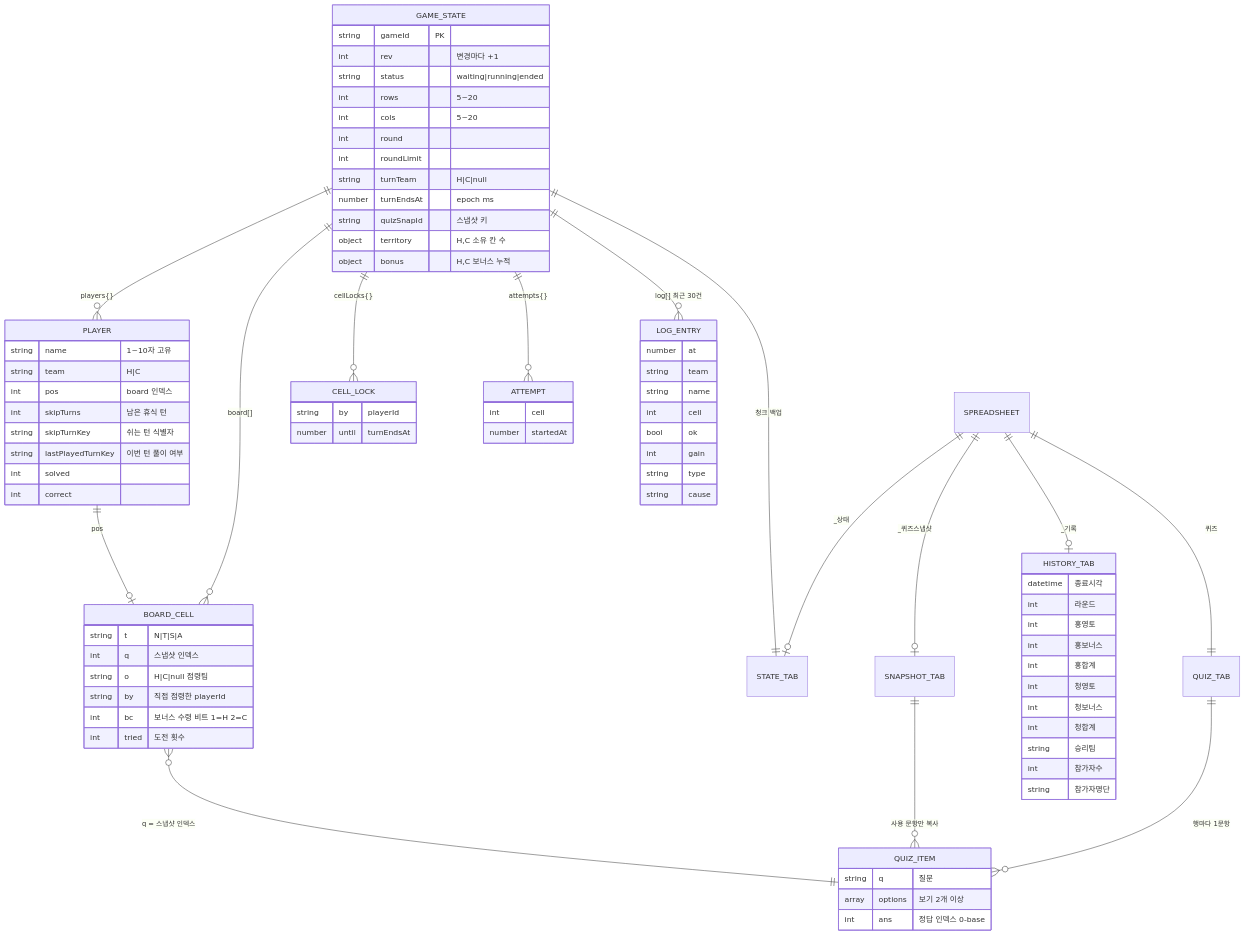
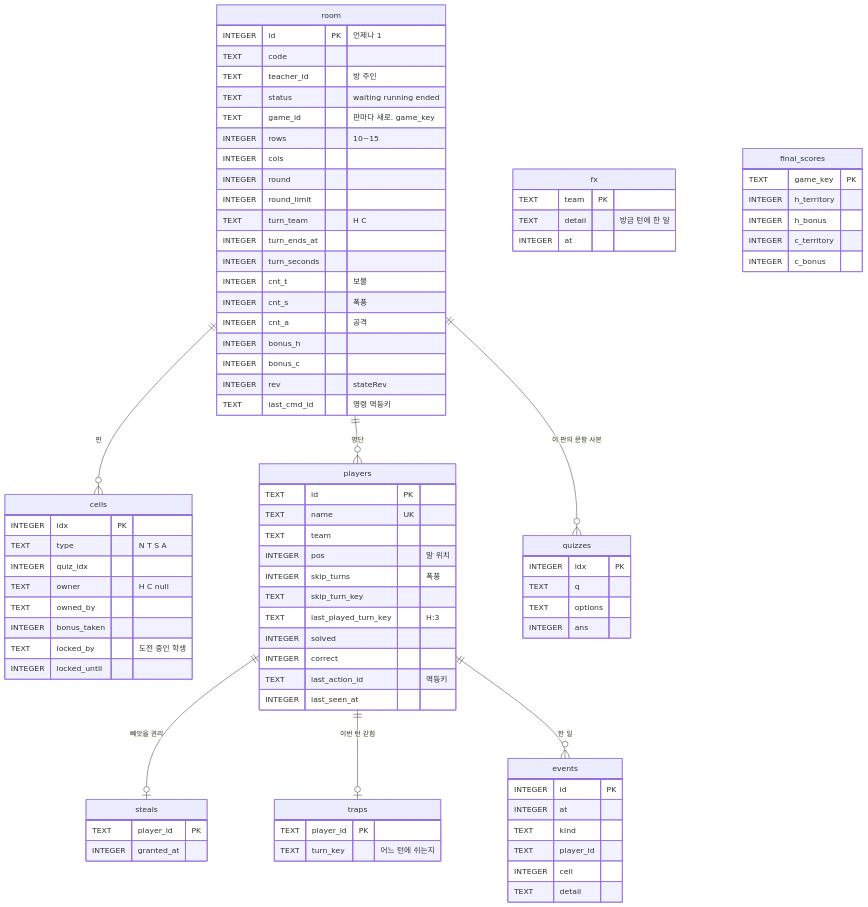
Before and after one commit to nillili/treasure-island-conquest: the fourth of 9 diagrams in docs/PROJECT_SPEC.md, drawn with Mermaid. The commit also changed other lines of this file and 13 other files, not shown here.

````diff
--- a/docs/PROJECT_SPEC.md
+++ b/docs/PROJECT_SPEC.md
@@ -292,88 +427,88 @@
 ```mermaid
 erDiagram
-    SPREADSHEET ||--|| QUIZ_TAB : "퀴즈"
-    SPREADSHEET ||--o| STATE_TAB : "_상태"
-    SPREADSHEET ||--o| SNAPSHOT_TAB : "_퀴즈스냅샷"
-    SPREADSHEET ||--o| HISTORY_TAB : "_기록"
+    room ||--o{ cells : "판"
+    room ||--o{ players : "명단"
+    room ||--o{ quizzes : "이 판의 문항 사본"
+    players ||--o| steals : "빼앗을 권리"
+    players ||--o| traps : "이번 턴 갇힘"
+    players ||--o{ events : "한 일"
 
-    QUIZ_TAB ||--o{ QUIZ_ITEM : "행마다 1문항"
-    SNAPSHOT_TAB ||--o{ QUIZ_ITEM : "사용 문항만 복사"
-
-    GAME_STATE ||--o{ BOARD_CELL : "board[]"
-    GAME_STATE ||--o{ PLAYER : "players{}"
-    GAME_STATE ||--o{ CELL_LOCK : "cellLocks{}"
-    GAME_STATE ||--o{ ATTEMPT : "attempts{}"
-    GAME_STATE ||--o{ LOG_ENTRY : "log[] 최근 30건"
-    GAME_STATE ||--|| STATE_TAB : "청크 백업"
-    BOARD_CELL }o--|| QUIZ_ITEM : "q = 스냅샷 인덱스"
-    PLAYER ||--o| BOARD_CELL : "pos"
-
-    QUIZ_ITEM {
-        string q "질문"
-        array options "보기 2개 이상"
-        int ans "정답 인덱스 0-base"
+    room {
+        INTEGER id PK "언제나 1"
+        TEXT code
+        TEXT teacher_id "방 주인"
+        TEXT status "waiting running ended"
+        TEXT game_id "판마다 새로. game_key"
+        INTEGER rows "10~15"
+        INTEGER cols
+        INTEGER round
+        INTEGER round_limit
+        TEXT turn_team "H C"
+        INTEGER turn_ends_at
+        INTEGER turn_seconds
+        INTEGER cnt_t "보물"
+        INTEGER cnt_s "폭풍"
+        INTEGER cnt_a "공격"
+        INTEGER bonus_h
+        INTEGER bonus_c
+        INTEGER rev "stateRev"
+        TEXT last_cmd_id "명령 멱등키"
     }
-    GAME_STATE {
-        string gameId PK
-        int rev "변경마다 +1"
-        string status "waiting|running|ended"
-        int rows "5~20"
-        int cols "5~20"
-        int round
-        int roundLimit
-        string turnTeam "H|C|null"
-        number turnEndsAt "epoch ms"
-        string quizSnapId "스냅샷 키"
-        object territory "H,C 소유 칸 수"
-        object bonus "H,C 보너스 누적"
+    cells {
+        INTEGER idx PK
+        TEXT type "N T S A"
+        INTEGER quiz_idx
+        TEXT owner "H C null"
+        TEXT owned_by
+        INTEGER bonus_taken
+        TEXT locked_by "도전 중인 학생"
+        INTEGER locked_until
     }
-    BOARD_CELL {
-        string t "N|T|S|A"
-        int q "스냅샷 인덱스"
-        string o "H|C|null 점령팀"
-        string by "직접 점령한 playerId"
-        int bc "보너스 수령 비트 1=H 2=C"
-        int tried "도전 횟수"
+    players {
+        TEXT id PK
+        TEXT name UK
+        TEXT team
+        INTEGER pos "말 위치"
+        INTEGER skip_turns "폭풍"
+        TEXT skip_turn_key
+        TEXT last_played_turn_key "H:3"
+        INTEGER solved
+        INTEGER correct
+        TEXT last_action_id "멱등키"
+        INTEGER last_seen_at
     }
-    PLAYER {
-        string name "1~10자 고유"
-        string team "H|C"
-        int pos "board 인덱스"
-        int skipTurns "남은 휴식 턴"
-        string skipTurnKey "쉬는 턴 식별자"
-        string lastPlayedTurnKey "이번 턴 풀이 여부"
-        int solved
-        int correct
+    quizzes {
+        INTEGER idx PK
+        TEXT q
+        TEXT options
+        INTEGER ans
     }
-    CELL_LOCK {
-        string by "playerId"
-        number until "turnEndsAt"
+    steals {
+        TEXT player_id PK
+        INTEGER granted_at
     }
-    ATTEMPT {
-        int cell
-        number startedAt
+    traps {
+        TEXT player_id PK
+        TEXT turn_key "어느 턴에 쉬는지"
     }
-    LOG_ENTRY {
-        number at
-        string team
-        string name
-        int cell
-        bool ok
-        int gain
-        string type
-        string cause
+    fx {
+        TEXT team PK
+        TEXT detail "방금 턴에 한 일"
+        INTEGER at
     }
-    HISTORY_TAB {
-        datetime 종료시각
-        int 라운드
-        int 홍영토
-        int 홍보너스
-        int 홍합계
-        int 청영토
-        int 청보너스
-        int 청합계
-        string 승리팀
-        int 참가자수
-        string 참가자명단
+    final_scores {
+        TEXT game_key PK
+        INTEGER h_territory
+        INTEGER h_bonus
+        INTEGER c_territory
+        INTEGER c_bonus
+    }
+    events {
+        INTEGER id PK
+        INTEGER at
+        TEXT kind
+        TEXT player_id
+        INTEGER cell
+        TEXT detail
     }
 ```
````
